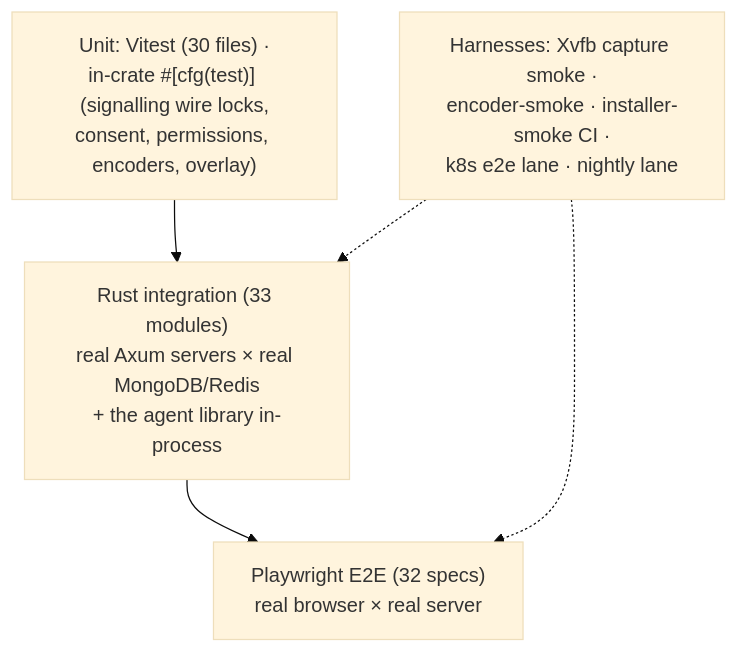
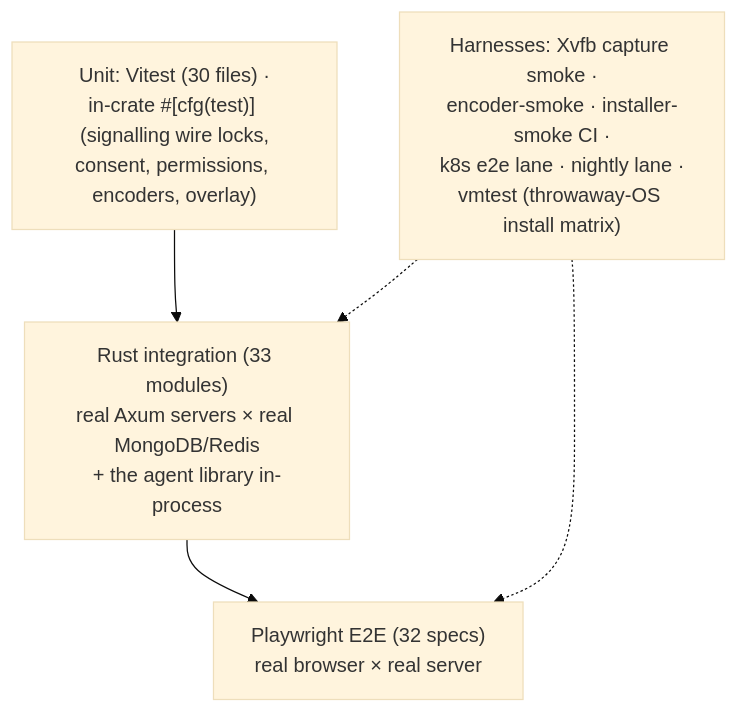
One commit to gjovanov/roomler-ai changed the first of 2 diagrams in docs/testing.md. Above: the diagram before and after it, drawn with Mermaid (base theme). The commit also changed other lines of this file and 3 other files, not shown here.

````diff
--- a/docs/testing.md
+++ b/docs/testing.md
@@ -8,10 +8,10 @@
 ```mermaid
 flowchart TB
     E2E["Playwright E2E (32 specs)<br/>real browser × real server"]
     INT["Rust integration (33 modules)<br/>real Axum servers × real MongoDB/Redis<br/>+ the agent library in-process"]
     UNIT["Unit: Vitest (30 files) ·<br/>in-crate #[cfg(test)] (signalling wire locks,<br/>consent, permissions, encoders, overlay)"]
-    HARNESS["Harnesses: Xvfb capture smoke ·<br/>encoder-smoke · installer-smoke CI ·<br/>k8s e2e lane · nightly lane"]
+    HARNESS["Harnesses: Xvfb capture smoke ·<br/>encoder-smoke · installer-smoke CI ·<br/>k8s e2e lane · nightly lane ·<br/>vmtest (throwaway-OS install matrix)"]
 
     UNIT --> INT --> E2E
     HARNESS -.-> INT & E2E
 ```
````
